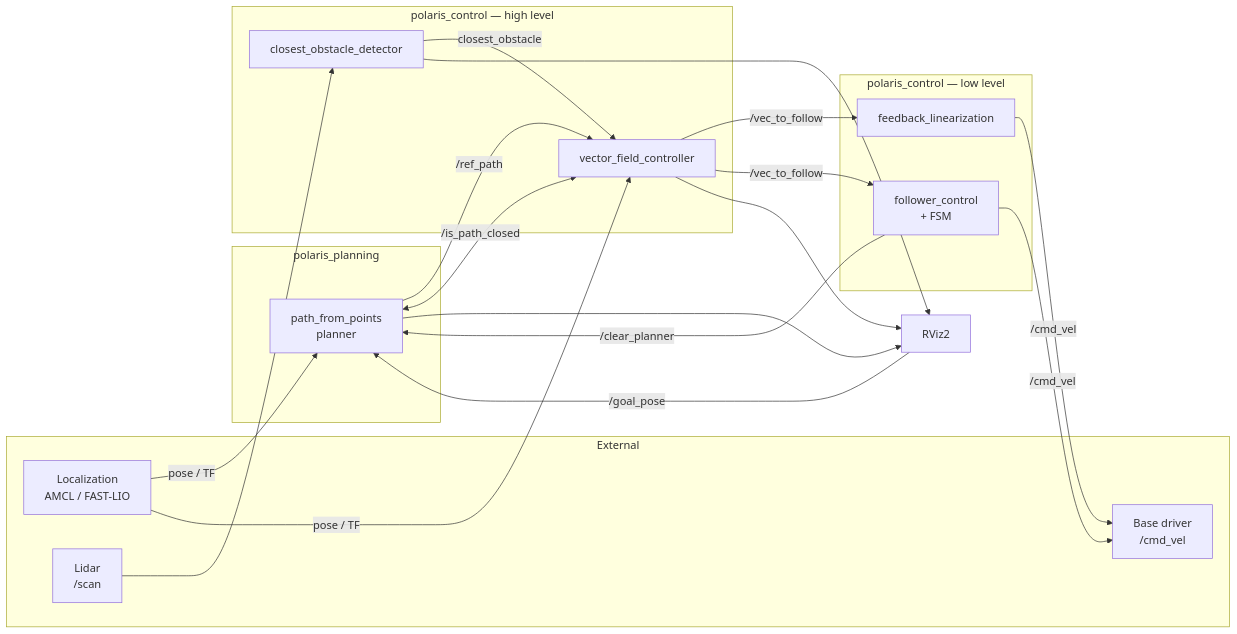
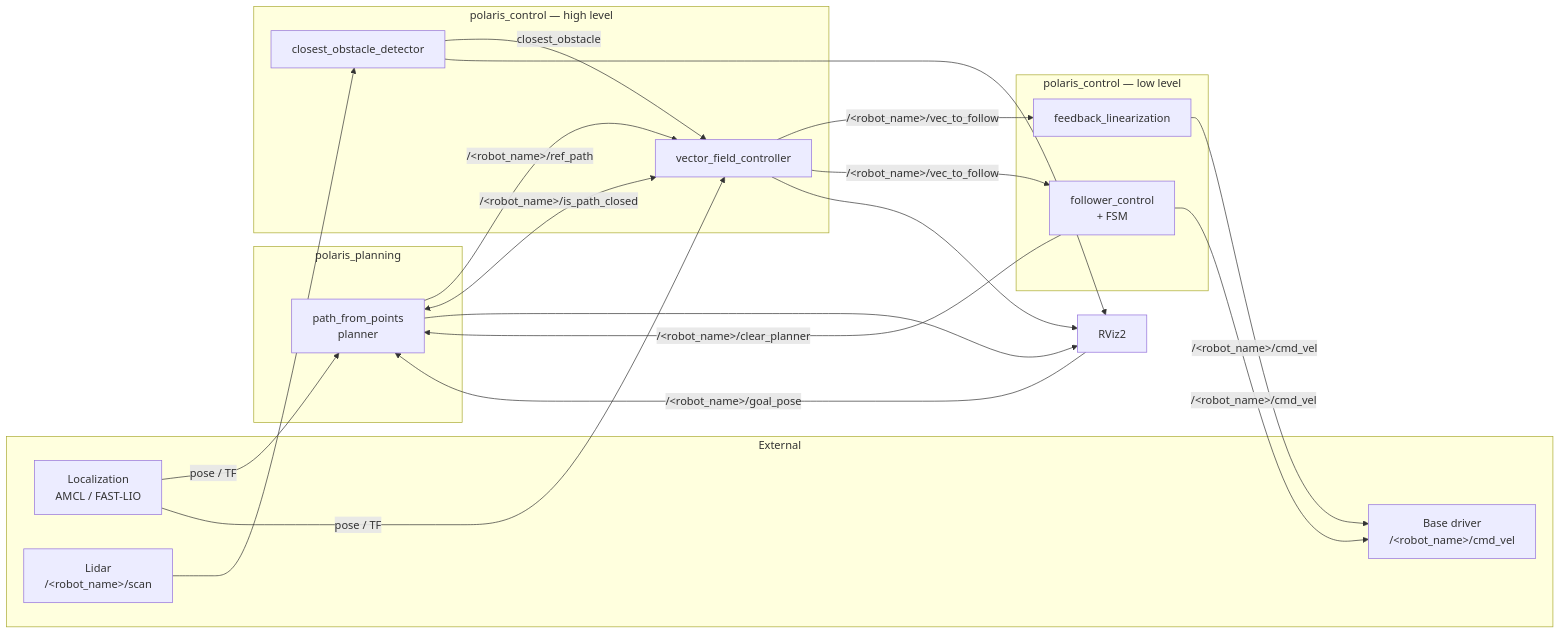
The diagram in polaris_control/docs/NAVIGATION_AND_CONTROL.md (UFMG-Petrobras-OP-1319/petro_rmf_polaris_navigation), drawn with Mermaid before and after one commit. The commit also changed other lines of this file and 24 other files, not shown here.

````diff
--- a/polaris_control/docs/NAVIGATION_AND_CONTROL.md
+++ b/polaris_control/docs/NAVIGATION_AND_CONTROL.md
@@ -161,40 +169,40 @@
 ```mermaid
 flowchart LR
     subgraph External
         LOC[Localization<br/>AMCL / FAST-LIO]
-        LIDAR[Lidar<br/>/scan]
-        BASE[Base driver<br/>/cmd_vel]
+        LIDAR[Lidar<br/>/&lt;robot_name&gt;/scan]
+        BASE[Base driver<br/>/&lt;robot_name&gt;/cmd_vel]
     end
 
     subgraph polaris_planning
         PLN[path_from_points<br/>planner]
     end
 
     subgraph polaris_control_high["polaris_control — high level"]
         VFC[vector_field_controller]
         COD[closest_obstacle_detector]
     end
 
     subgraph polaris_control_low["polaris_control — low level"]
         FL[feedback_linearization]
         FC[follower_control<br/>+ FSM]
     end
 
     RVIZ[RViz2]
 
     LOC -->|pose / TF| PLN
     LOC -->|pose / TF| VFC
-    RVIZ -->|/goal_pose| PLN
-    PLN -->|/ref_path| VFC
-    PLN <-->|/is_path_closed| VFC
+    RVIZ -->|/&lt;robot_name&gt;/goal_pose| PLN
+    PLN -->|/&lt;robot_name&gt;/ref_path| VFC
+    PLN <-->|/&lt;robot_name&gt;/is_path_closed| VFC
     LIDAR --> COD
     COD -->|closest_obstacle| VFC
-    VFC -->|/vec_to_follow| FL
-    VFC -->|/vec_to_follow| FC
-    FL -->|/cmd_vel| BASE
-    FC -->|/cmd_vel| BASE
-    FC -->|/clear_planner| PLN
+    VFC -->|/&lt;robot_name&gt;/vec_to_follow| FL
+    VFC -->|/&lt;robot_name&gt;/vec_to_follow| FC
+    FL -->|/&lt;robot_name&gt;/cmd_vel| BASE
+    FC -->|/&lt;robot_name&gt;/cmd_vel| BASE
+    FC -->|/&lt;robot_name&gt;/clear_planner| PLN
     VFC --> RVIZ
     PLN --> RVIZ
     COD --> RVIZ
 ```
````
